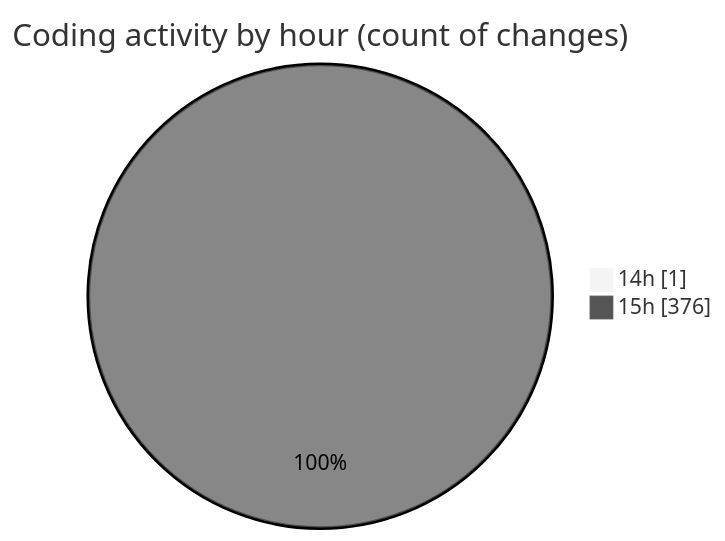
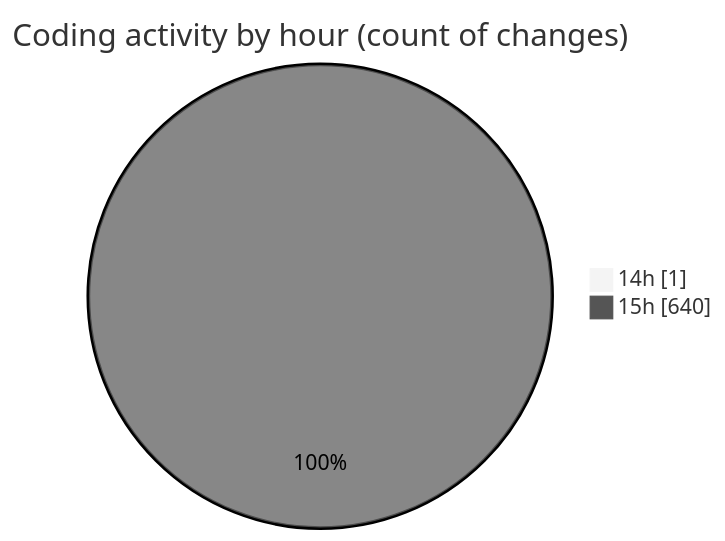
Before and after one commit to nxtqubesakshisongat/code-tracking: the second of 2 diagrams in 2025-04-10/nxtqube_webapp/README.md, drawn with Mermaid (neutral theme). The commit also changed other lines of this file and 1 other file, not shown here.

````diff
--- a/2025-04-10/nxtqube_webapp/README.md
+++ b/2025-04-10/nxtqube_webapp/README.md
@@ -32,6 +32,6 @@
 ```mermaid
 pie showData
 title Coding activity by hour (count of changes)
 "14h" : 1
-"15h" : 376
+"15h" : 640
 ```
````
